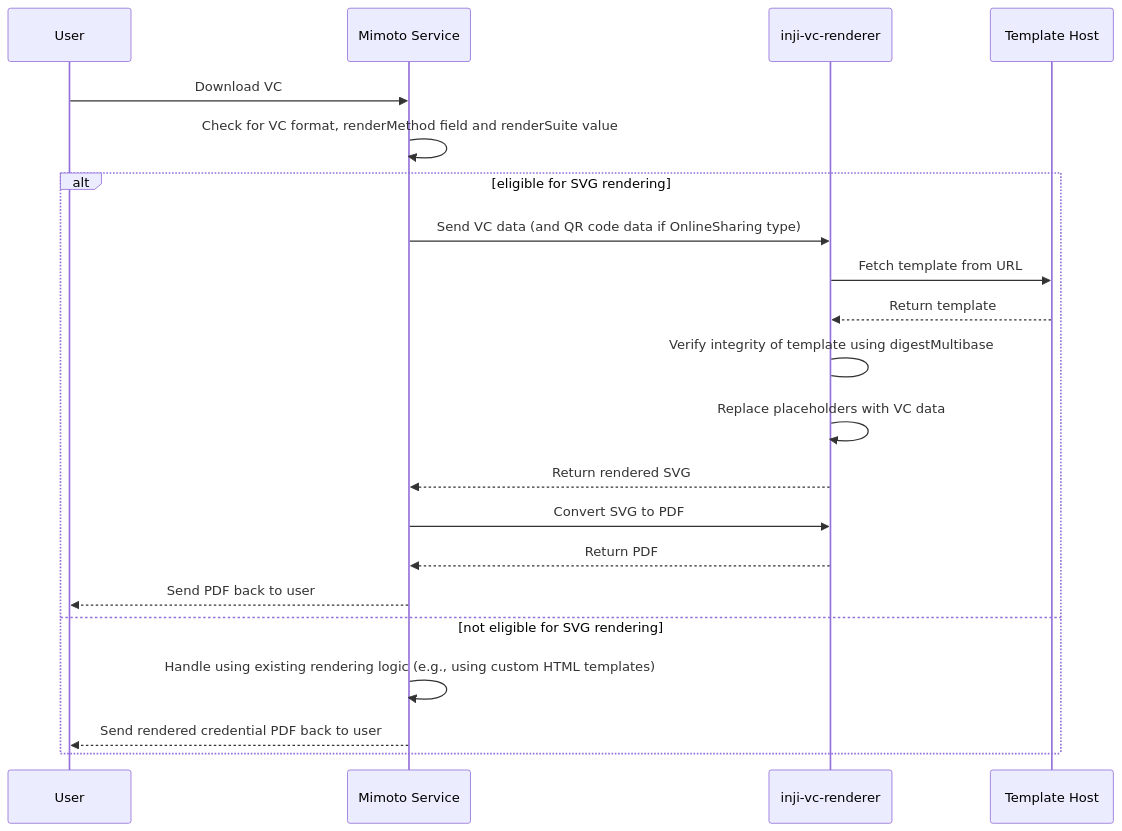
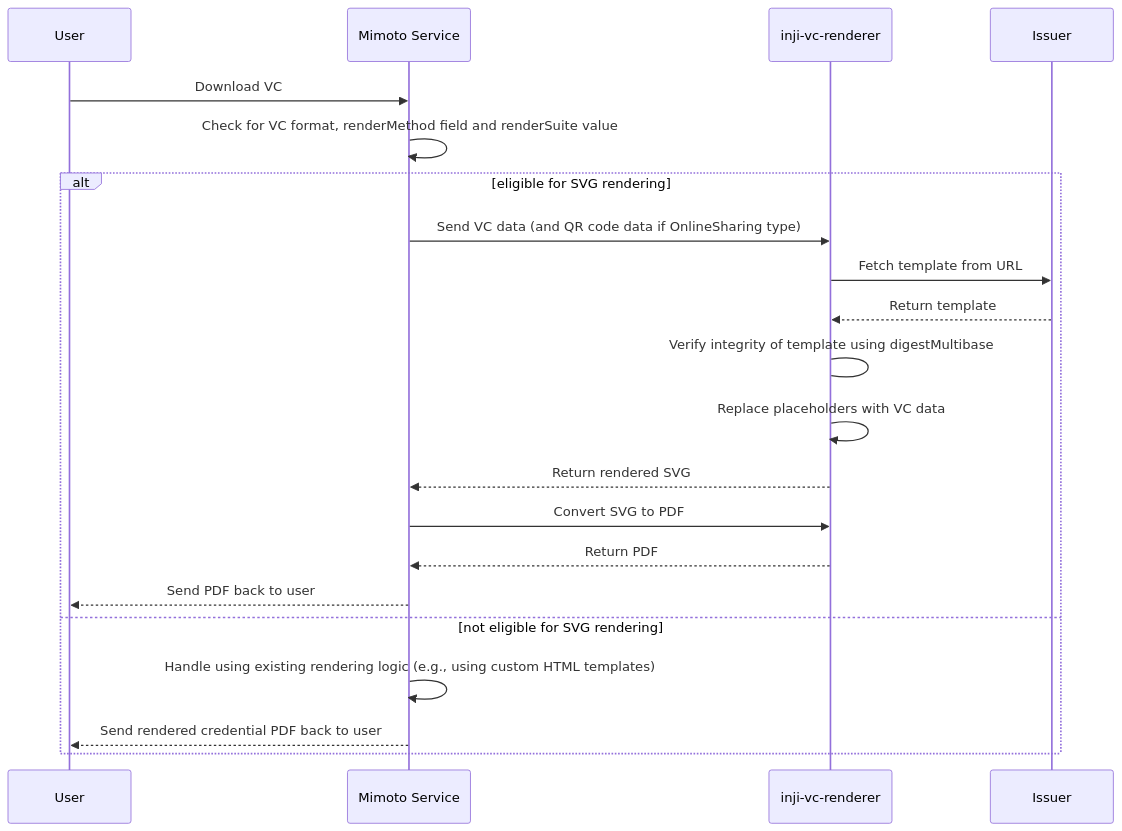
One commit to inji/mimoto changed the diagram in docs/SVGRenderingIntegrationGuide.md. Above: the diagram before and after it, drawn with Mermaid. The commit also changed other lines of this file and 1 other file, not shown here.

Commit message:
[INJIWEB-1823] fix issues with sequence diagrams and flow explanations

````diff
--- a/docs/SVGRenderingIntegrationGuide.md
+++ b/docs/SVGRenderingIntegrationGuide.md
@@ -29,24 +29,24 @@
     ```mermaid
     sequenceDiagram
         participant User
         participant Mimoto Service
         participant inji-vc-renderer 
-        participant Template Host
+        participant Issuer
         
         User->>Mimoto Service: Download VC
         Mimoto Service->>Mimoto Service: Check for VC format, renderMethod field and renderSuite value
         alt eligible for SVG rendering
             Mimoto Service->>inji-vc-renderer: Send VC data (and QR code data if OnlineSharing type)
-            inji-vc-renderer->>Template Host: Fetch template from URL
-            Template Host-->>inji-vc-renderer: Return template
+            inji-vc-renderer->>Issuer: Fetch template from URL
+            Issuer-->>inji-vc-renderer: Return template
             inji-vc-renderer->inji-vc-renderer: Verify integrity of template using digestMultibase
             inji-vc-renderer->>inji-vc-renderer: Replace placeholders with VC data
             inji-vc-renderer-->>Mimoto Service: Return rendered SVG
             Mimoto Service->>inji-vc-renderer: Convert SVG to PDF
             inji-vc-renderer-->>Mimoto Service: Return PDF
             Mimoto Service-->>User: Send PDF back to user
         else not eligible for SVG rendering
             Mimoto Service->>Mimoto Service: Handle using existing rendering logic (e.g., using custom HTML templates)
             Mimoto Service-->>User: Send rendered credential PDF back to user
         end
     ```
````
